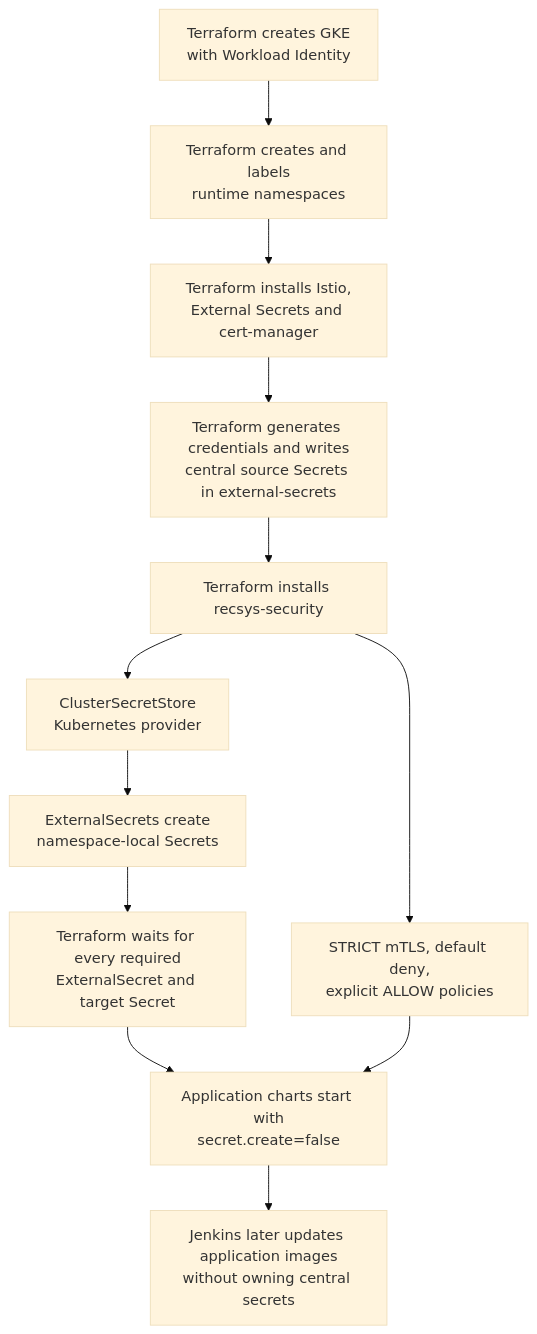
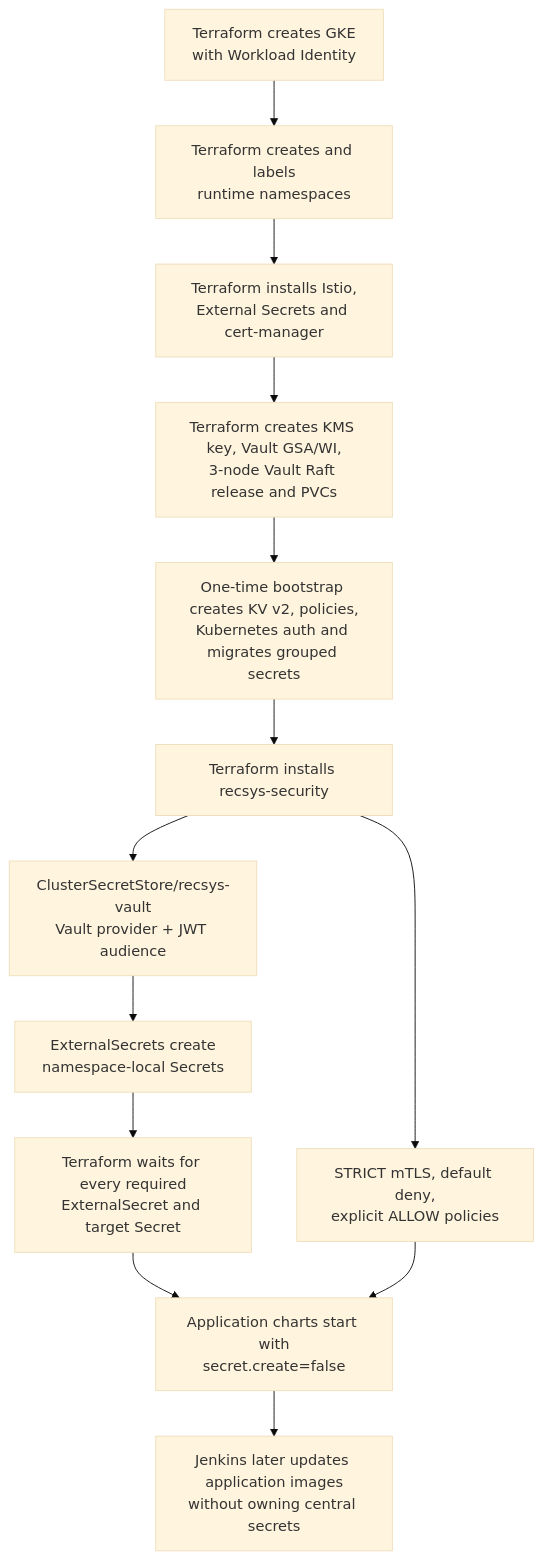
One commit to itsmekhoathekid/RecSys-MLops changed the second of 3 diagrams in docs/submission/rubic-final-coursework-(final-ml)/security.md. Above: the diagram before and after it, drawn with Mermaid (base theme). The commit also changed other lines of this file and 439 other files, not shown here.

First line of the commit message:
feat: add Vault-backed secrets and LLM platform

````diff
--- a/docs/submission/rubic-final-coursework-(final-ml)/security.md
+++ b/docs/submission/rubic-final-coursework-(final-ml)/security.md
@@ -50,19 +53,20 @@
 ```mermaid
 flowchart TD
     GKE["Terraform creates GKE<br/>with Workload Identity"]
     NS["Terraform creates and labels<br/>runtime namespaces"]
     Operators["Terraform installs Istio,<br/>External Secrets and cert-manager"]
-    Source["Terraform generates credentials and writes<br/>central source Secrets in external-secrets"]
+    VaultInfra["Terraform creates KMS key, Vault GSA/WI,<br/>3-node Vault Raft release and PVCs"]
+    Bootstrap["One-time bootstrap creates KV v2, policies,<br/>Kubernetes auth and migrates grouped secrets"]
     Security["Terraform installs recsys-security"]
-    Store["ClusterSecretStore<br/>Kubernetes provider"]
+    Store["ClusterSecretStore/recsys-vault<br/>Vault provider + JWT audience"]
     Sync["ExternalSecrets create<br/>namespace-local Secrets"]
     Mesh["STRICT mTLS, default deny,<br/>explicit ALLOW policies"]
     Wait["Terraform waits for every required<br/>ExternalSecret and target Secret"]
     Apps["Application charts start with<br/>secret.create=false"]
     Jenkins["Jenkins later updates application images<br/>without owning central secrets"]
 
     GKE --> NS --> Operators
-    Operators --> Source --> Security
+    Operators --> VaultInfra --> Bootstrap --> Security
     Security --> Store --> Sync --> Wait --> Apps --> Jenkins
     Security --> Mesh --> Apps
 ```
````
